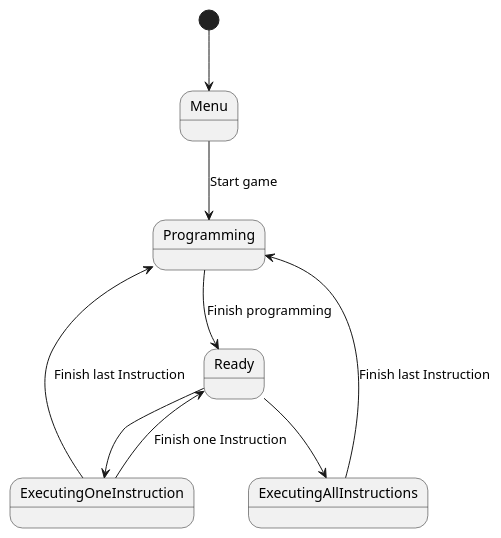
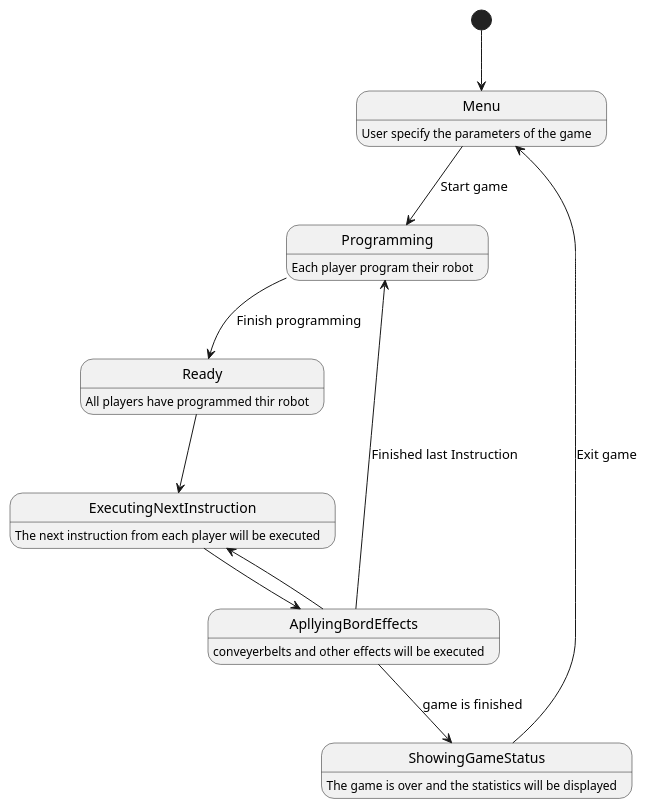
The diagram in diagrams/state_diagram.pu (BjarneBjarne/Gruppe15-RoboRally2024), drawn with PlantUML before and after one commit. The commit also changed 1 other file, not shown here.

Commit message:
statediagram

```diff
--- a/diagrams/state_diagram.pu
+++ b/diagrams/state_diagram.pu
@@ -1,12 +1,19 @@
 @startuml
 
 [*] --> Menu
+Menu : User specify the parameters of the game
 Menu --> Programming : Start game
+Programming : Each player program their robot
 Programming --> Ready : Finish programming
-Ready --> ExecutingAllInstructions
-Ready --> ExecutingOneInstruction
-ExecutingAllInstructions --> Programming : Finish last Instruction
-ExecutingOneInstruction --> Programming : Finish last Instruction
-ExecutingOneInstruction --> Ready : Finish one Instruction
+Ready : All players have programmed thir robot
+Ready --> ExecutingNextInstruction
+ExecutingNextInstruction : The next instruction from each player will be executed 
+ExecutingNextInstruction --> ApllyingBordEffects
+ApllyingBordEffects : conveyerbelts and other effects will be executed
+ApllyingBordEffects --> ExecutingNextInstruction
+ApllyingBordEffects --> Programming : Finished last Instruction
+ApllyingBordEffects --> ShowingGameStatus : game is finished
+ShowingGameStatus : The game is over and the statistics will be displayed
+ShowingGameStatus --> Menu : Exit game
 
 @enduml
```
